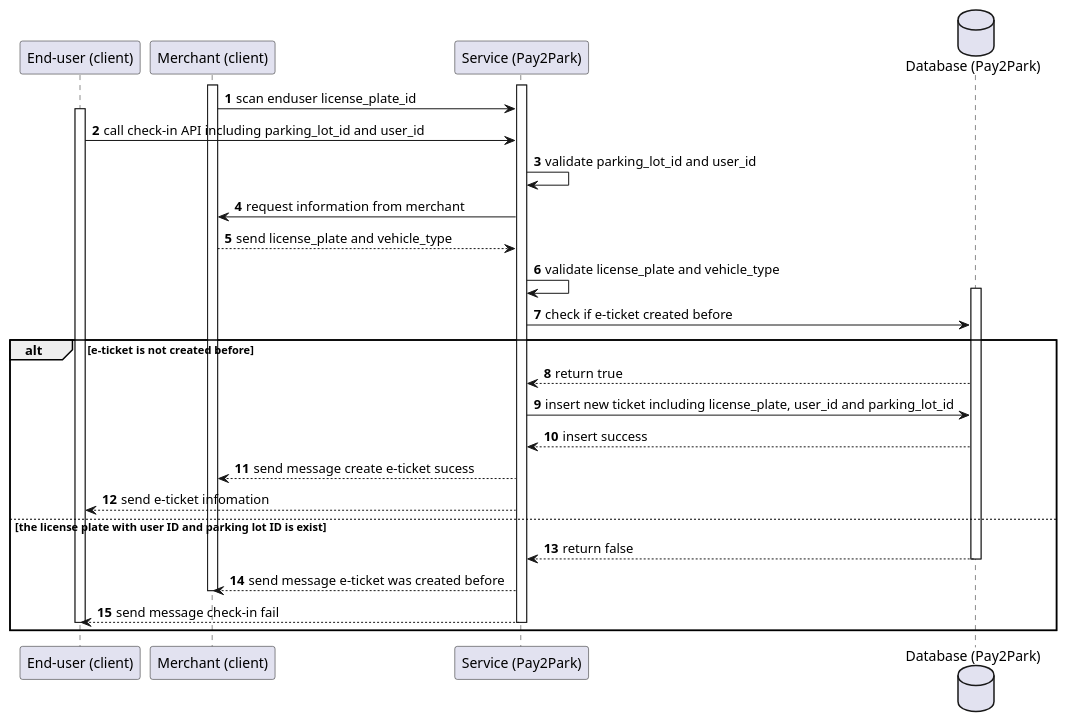
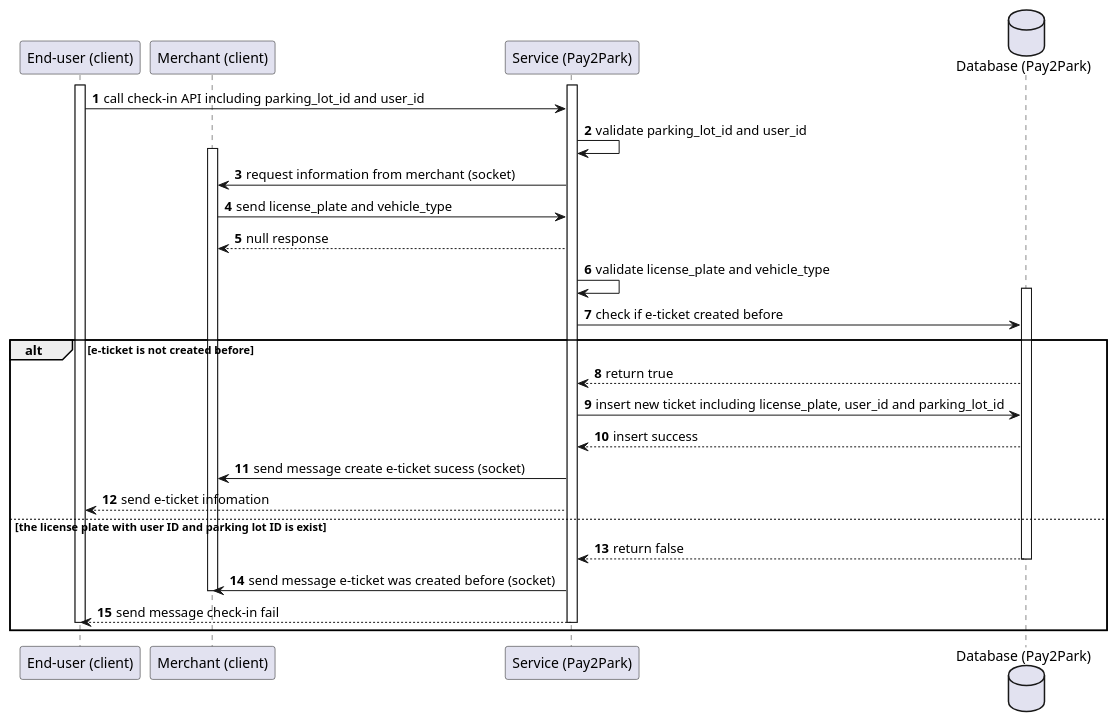
One commit to NV5T-pay2park/backend changed the diagram in src/main/java/document/checkin/checkin-diagram.puml. Above: the diagram before and after it, drawn with PlantUML. The commit also changed 2 other files, not shown here.

Commit message:
fix uml checkin checkout

```diff
--- a/src/main/java/document/checkin/checkin-diagram.puml
+++ b/src/main/java/document/checkin/checkin-diagram.puml
@@ -1,46 +1,46 @@
 @startuml
 
 
 participant "End-user (client)" as enduser
 participant "Merchant (client)" as merchant
 participant "Service (Pay2Park)" as service
 database "Database (Pay2Park)" as DB
 
 autonumber
-activate merchant
 activate service
-merchant -> service: scan enduser license_plate_id
-
 activate enduser
 
 enduser -> service: call check-in API including parking_lot_id and user_id
 
 service -> service: validate parking_lot_id and user_id
 
-service -> merchant: request information from merchant
-merchant --> service: send license_plate and vehicle_type
+activate merchant
+
+service -> merchant: request information from merchant (socket)
+merchant -> service: send license_plate and vehicle_type
+service --> merchant: null response
 service -> service: validate license_plate and vehicle_type
 
 activate DB
 service -> DB: check if e-ticket created before
 
 alt e-ticket is not created before
     DB --> service: return true
     service -> DB: insert new ticket including license_plate, user_id and parking_lot_id
     DB --> service: insert success
-    service --> merchant: send message create e-ticket sucess
+    service -> merchant: send message create e-ticket sucess (socket)
     service --> enduser: send e-ticket infomation
 
 else the license plate with user ID and parking lot ID is exist
     DB --> service: return false
     deactivate DB
-    service --> merchant:send message e-ticket was created before
+    service -> merchant:send message e-ticket was created before (socket)
     deactivate merchant
     service --> enduser: send message check-in fail
     deactivate enduser
     deactivate service
 end
 
 
 
 @enduml
```
